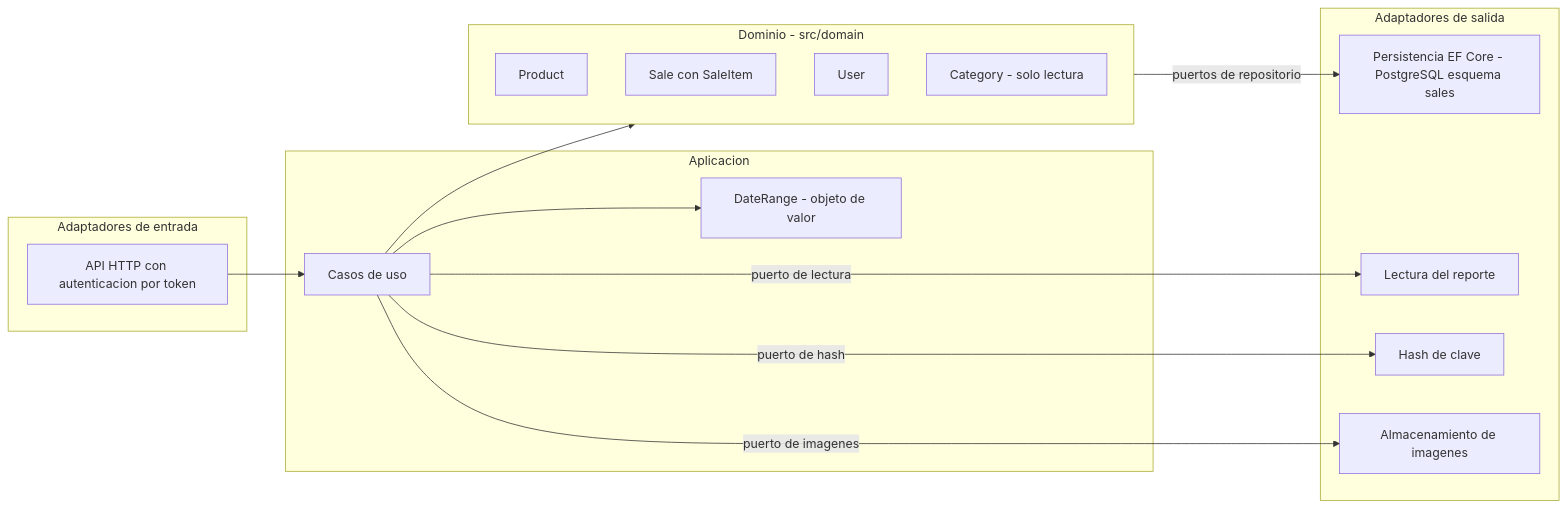
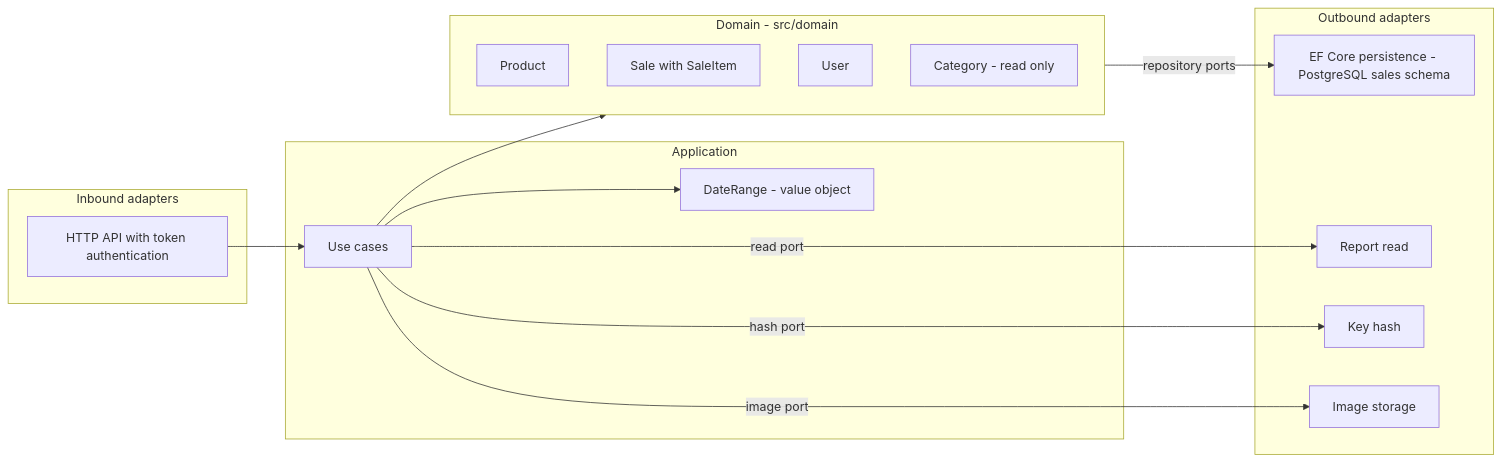
One commit to GabrielTijaro/test-3239188-simple-stock-flow-doc changed the diagram in 05-architecture/overview.md. Above: the diagram before and after it, drawn with Mermaid. The commit also changed other lines of this file, not shown here.

First line of the commit message:
Translate and update architecture overview document

````diff
--- a/05-architecture/overview.md
+++ b/05-architecture/overview.md
@@ -26,29 +26,29 @@
 ```mermaid
 flowchart LR
-  subgraph ENT[Adaptadores de entrada]
-    API[API HTTP con autenticacion por token]
+  subgraph ENT[Inbound adapters]
+    API[HTTP API with token authentication]
   end
-  subgraph APP[Aplicacion]
-    UC[Casos de uso]
-    DR[DateRange - objeto de valor]
+  subgraph APP[Application]
+    UC[Use cases]
+    DR[DateRange - value object]
   end
-  subgraph DOM[Dominio - src/domain]
+  subgraph DOM[Domain - src/domain]
     P[Product]
-    S[Sale con SaleItem]
+    S[Sale with SaleItem]
     U[User]
-    C[Category - solo lectura]
+    C[Category - read only]
   end
-  subgraph SAL[Adaptadores de salida]
-    REPO[Persistencia EF Core - PostgreSQL esquema sales]
-    RPT[Lectura del reporte]
-    HASH[Hash de clave]
-    IMG[Almacenamiento de imagenes]
+  subgraph SAL[Outbound adapters]
+    REPO[EF Core persistence - PostgreSQL sales schema]
+    RPT[Report read]
+    HASH[Key hash]
+    IMG[Image storage]
   end
   API --> UC
   UC --> DR
   UC --> DOM
-  DOM -- puertos de repositorio --> REPO
-  UC -- puerto de lectura --> RPT
-  UC -- puerto de hash --> HASH
-  UC -- puerto de imagenes --> IMG
+  DOM -- repository ports --> REPO
+  UC -- read port --> RPT
+  UC -- hash port --> HASH
+  UC -- image port --> IMG
 ```
````
